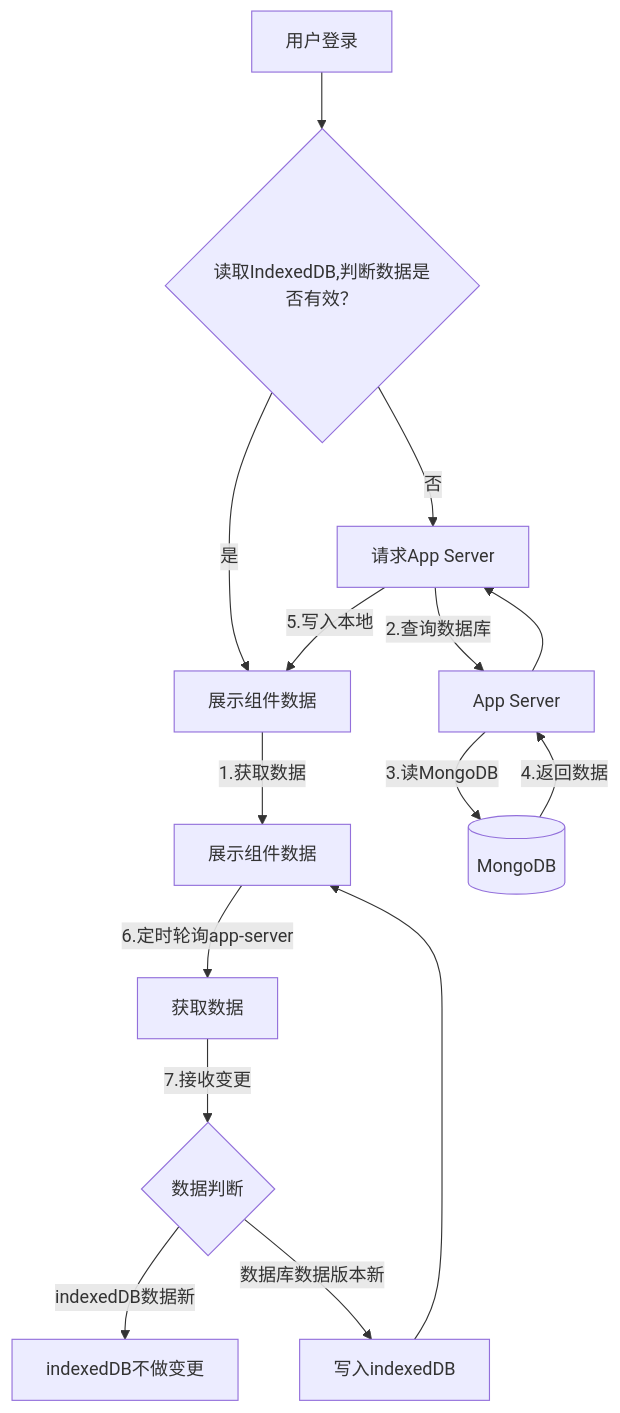
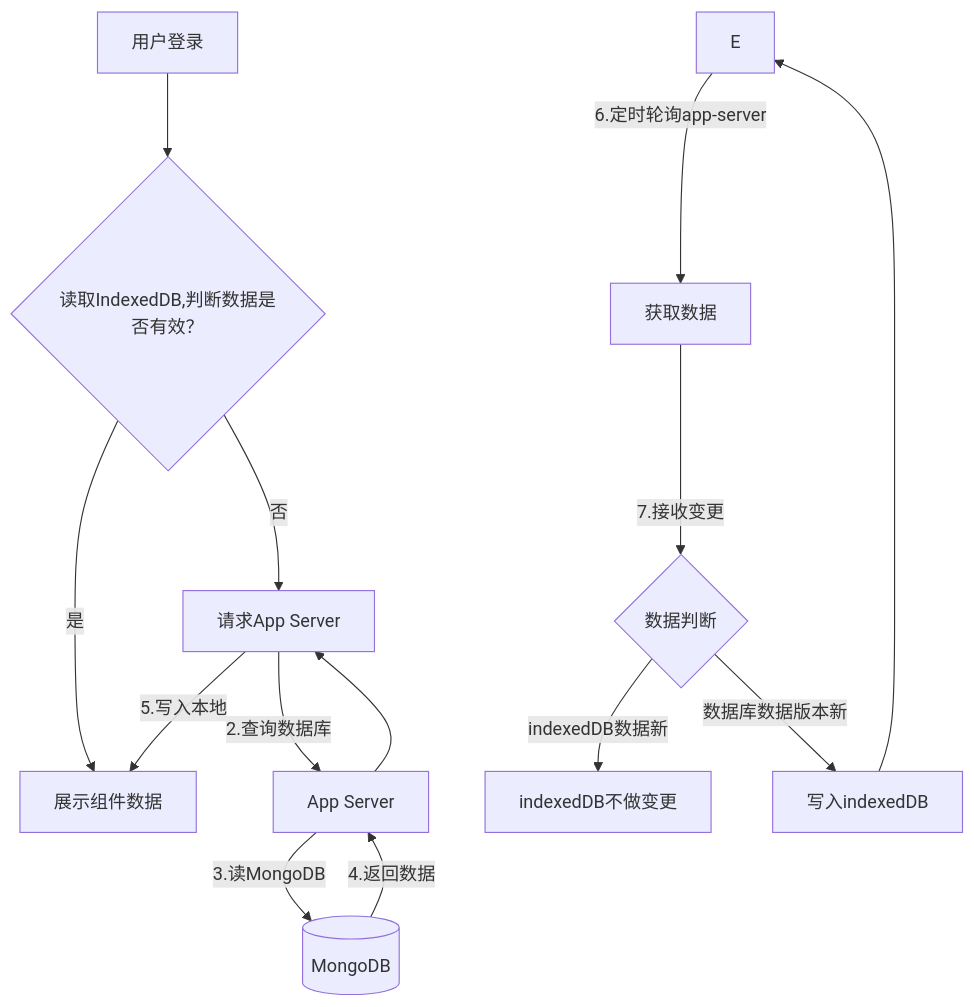
One commit to yingjianzh/iodraw-files changed the diagram in all/未命名-22.md. Above: the diagram before and after it, drawn with Mermaid.

Commit message:
2025-02-18 16:09:30 update

````diff
--- a/all/未命名-22.md
+++ b/all/未命名-22.md
@@ -1,16 +1,16 @@
 ```mermaid
 graph TD
     A[用户登录] --> B{读取IndexedDB,判断数据是否有效？}
     B -->|是| C[展示组件数据]
     B -->|否| D[请求App Server]
-    C -->|1.获取数据| E[展示组件数据]
+    
     D -->|2.查询数据库| F[App Server]
     F -->|3.读MongoDB| G[(MongoDB)]
     G -->|4.返回数据| F --> D
     D -->|5.写入本地| C
     E -->|6.定时轮询app-server| H[获取数据]
     H -->|7.接收变更| I{数据判断}
     I -->|indexedDB数据新| J[indexedDB不做变更]
     I -->|数据库数据版本新| K[写入indexedDB]
     K --> E
 ```
````
